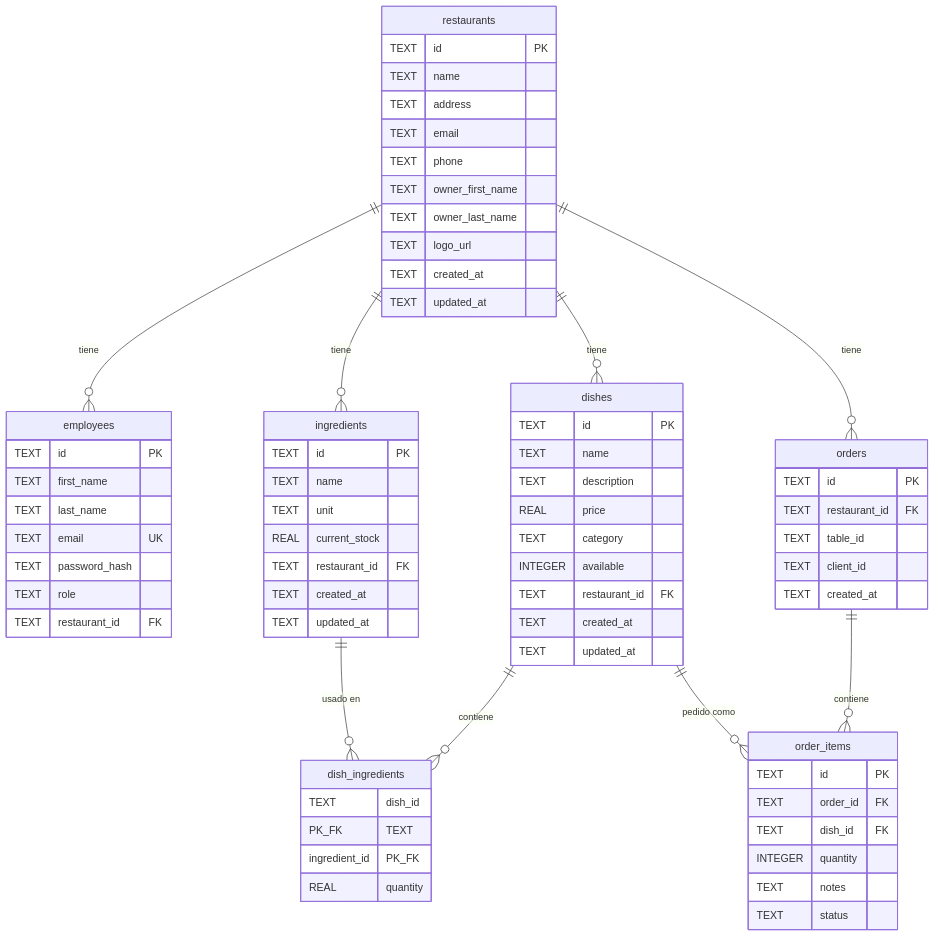
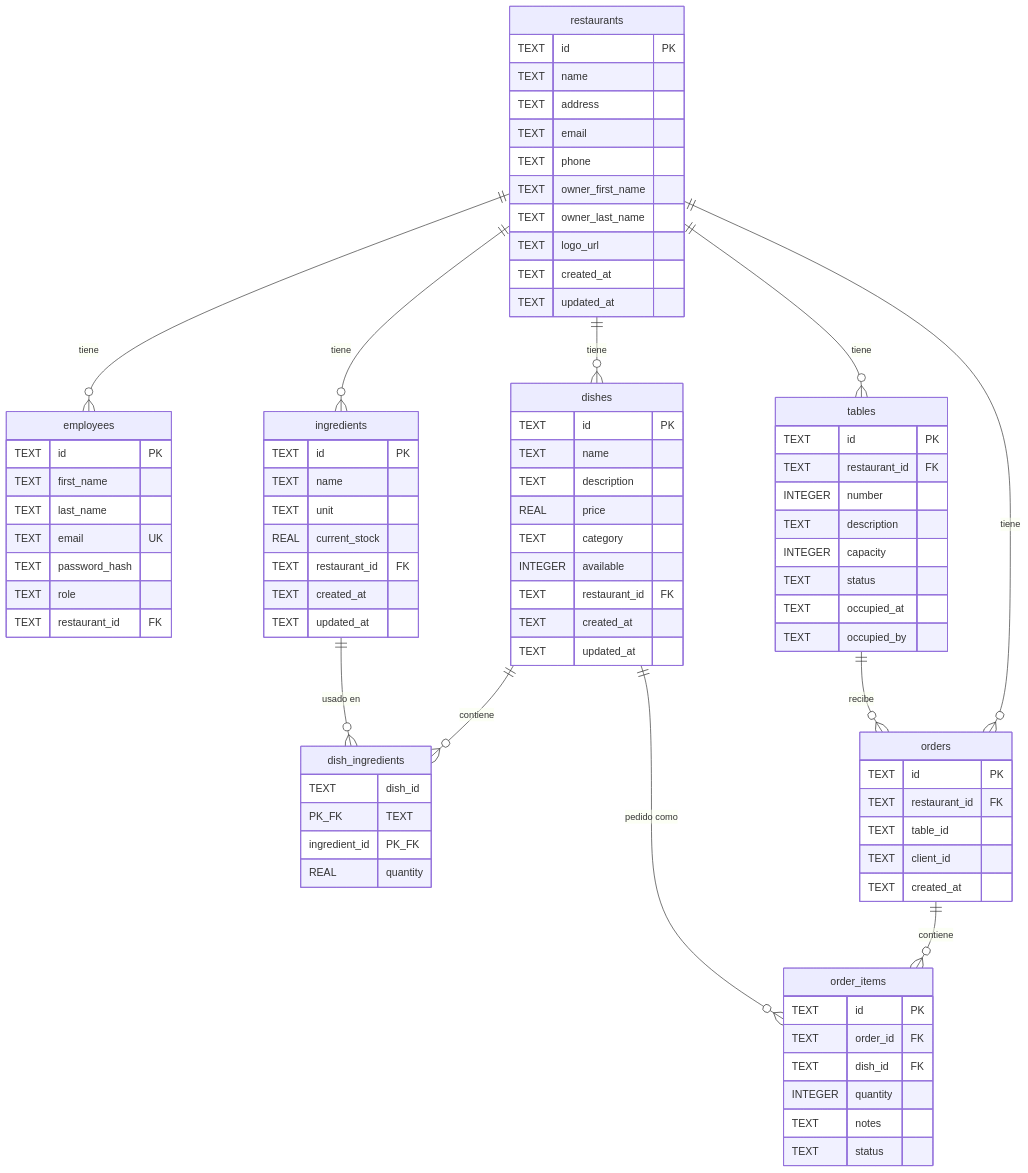
Before and after one commit to Rokuzer/curso-claude-ed8: the diagram in docs/dominio/modelo-datos.md, drawn with Mermaid. The commit also changed other lines of this file and 5 other files, not shown here.

```diff
--- a/docs/dominio/modelo-datos.md
+++ b/docs/dominio/modelo-datos.md
@@ -11,7 +11,9 @@
     restaurants ||--o{ employees : "tiene"
     restaurants ||--o{ ingredients : "tiene"
     restaurants ||--o{ dishes : "tiene"
+    restaurants ||--o{ tables : "tiene"
     restaurants ||--o{ orders : "tiene"
+    tables ||--o{ orders : "recibe"
     dishes ||--o{ dish_ingredients : "contiene"
     ingredients ||--o{ dish_ingredients : "usado en"
     orders ||--o{ order_items : "contiene"
@@ -68,6 +70,17 @@
         REAL quantity
     }
 
+    tables {
+        TEXT id PK
+        TEXT restaurant_id FK
+        INTEGER number
+        TEXT description
+        INTEGER capacity
+        TEXT status
+        TEXT occupied_at
+        TEXT occupied_by
+    }
+
     orders {
         TEXT id PK
         TEXT restaurant_id FK
```
